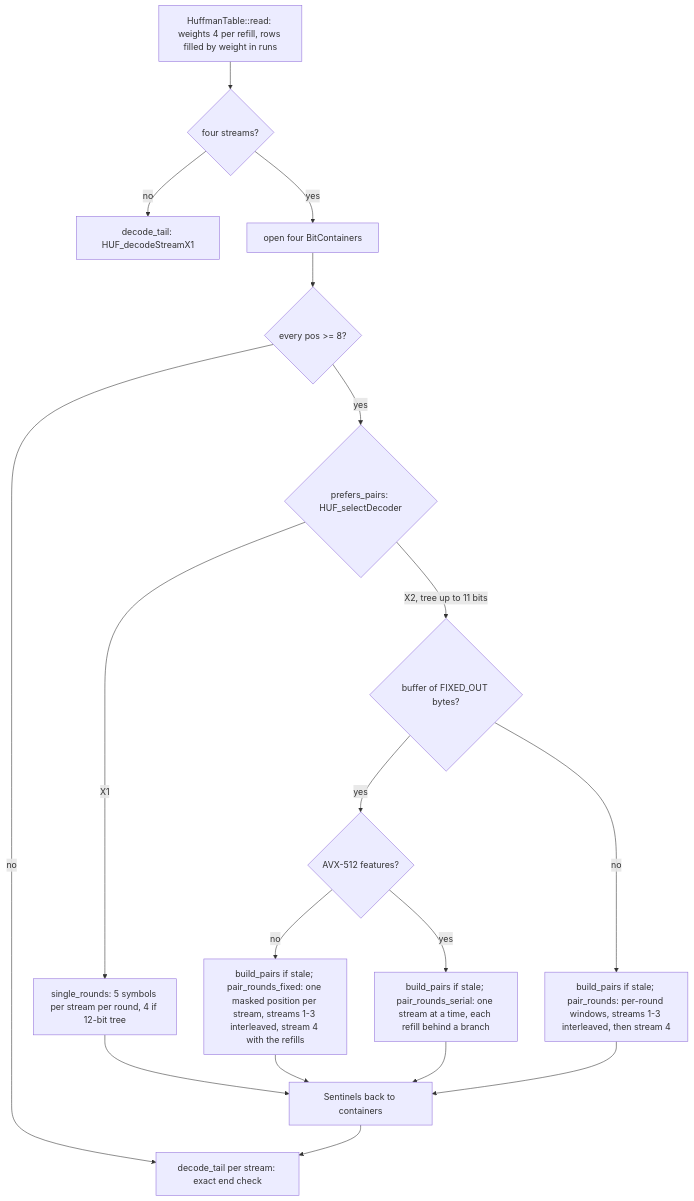
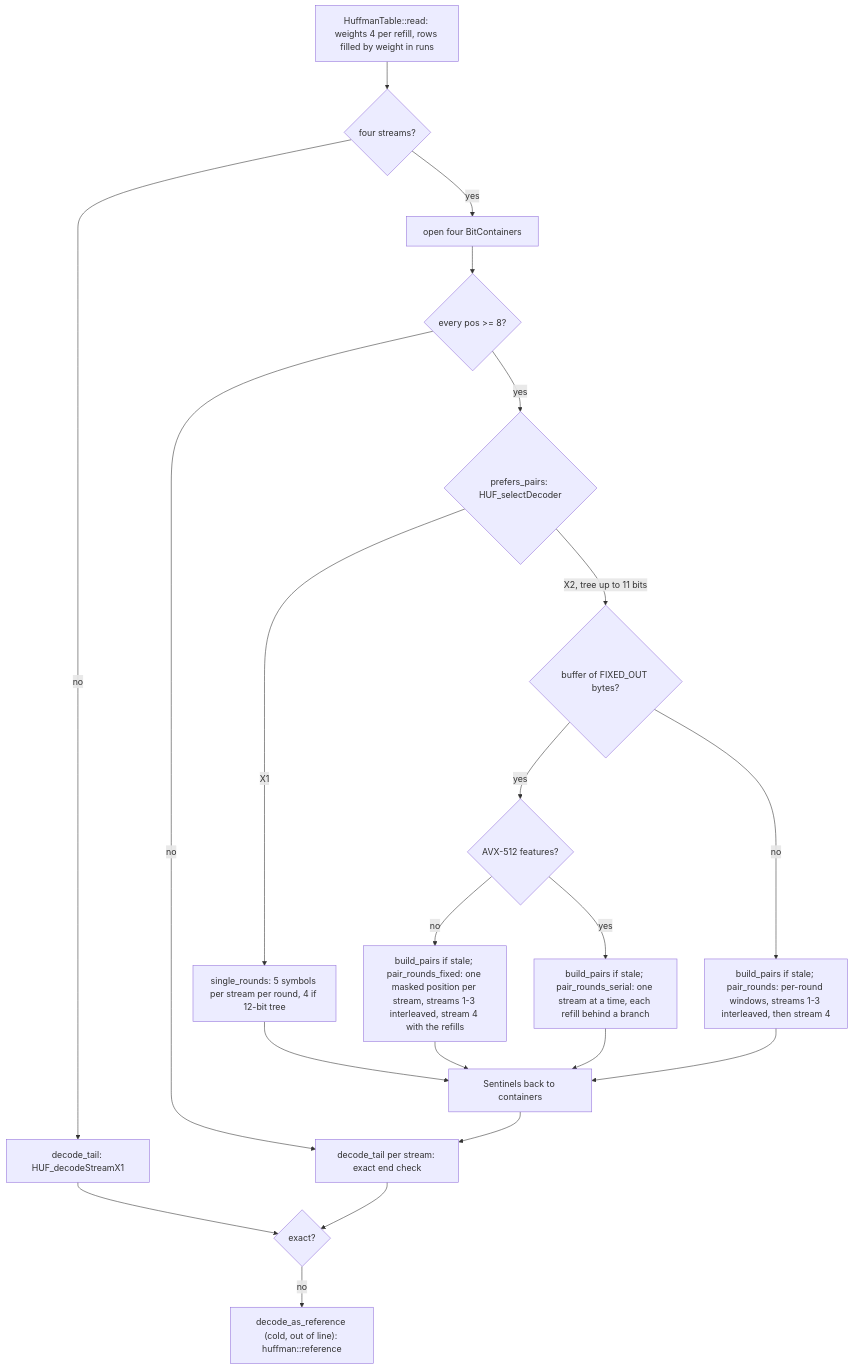
One commit to M-Compressors/mzstd changed the third of 7 diagrams in architecture/decoder-performance.md. Above: the diagram before and after it, drawn with Mermaid. The commit also changed other lines of this file and 29 other files, not shown here.

````diff
--- a/architecture/decoder-performance.md
+++ b/architecture/decoder-performance.md
@@ -116,20 +116,23 @@
 ```mermaid
 flowchart TD
     Read["HuffmanTable::read: weights 4 per refill, rows filled by weight in runs"] --> Kind{four streams?}
     Kind -->|no| Tail1[decode_tail: HUF_decodeStreamX1]
     Kind -->|yes| Open[open four BitContainers]
     Open --> Fast{every pos >= 8?}
     Fast -->|no| Tails
     Fast -->|yes| Sel{prefers_pairs: HUF_selectDecoder}
     Sel -->|X1| Single[single_rounds: 5 symbols per stream per round, 4 if 12-bit tree]
     Sel -->|X2, tree up to 11 bits| Fixed{buffer of FIXED_OUT bytes?}
     Fixed -->|yes| Avx{AVX-512 features?}
     Avx -->|no| PairsFixed[build_pairs if stale; pair_rounds_fixed: one masked position per stream, streams 1-3 interleaved, stream 4 with the refills]
     Avx -->|yes| PairsSerial[build_pairs if stale; pair_rounds_serial: one stream at a time, each refill behind a branch]
     Fixed -->|no| Pairs[build_pairs if stale; pair_rounds: per-round windows, streams 1-3 interleaved, then stream 4]
     PairsFixed --> Back
     PairsSerial --> Back
     Single --> Back[Sentinels back to containers]
     Pairs --> Back
     Back --> Tails[decode_tail per stream: exact end check]
+    Tail1 --> Verdict{exact?}
+    Tails --> Verdict
+    Verdict -->|no| Reference["decode_as_reference (cold, out of line): huffman::reference"]
 ```
````
